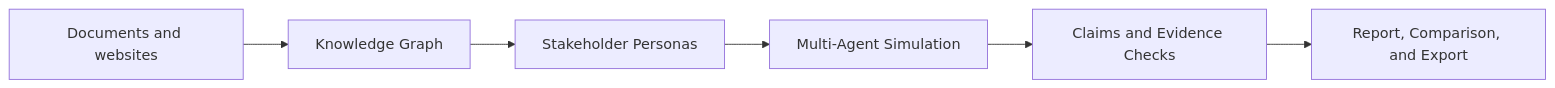
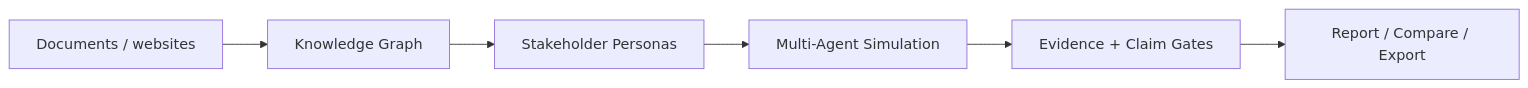
One commit to arn0ld87/agora changed the first of 2 diagrams in README.md. Above: the diagram before and after it, drawn with Mermaid. The commit also changed other lines of this file and 29 other files, not shown here.

````diff
--- a/README.md
+++ b/README.md
@@ -111,8 +61,8 @@
 ```mermaid
 flowchart LR
-    A[Documents and websites] --> B[Knowledge Graph]
+    A[Documents / websites] --> B[Knowledge Graph]
     B --> C[Stakeholder Personas]
     C --> D[Multi-Agent Simulation]
-    D --> E[Claims and Evidence Checks]
-    E --> F[Report, Comparison, and Export]
+    D --> E[Evidence + Claim Gates]
+    E --> F[Report / Compare / Export]
 ```
````
